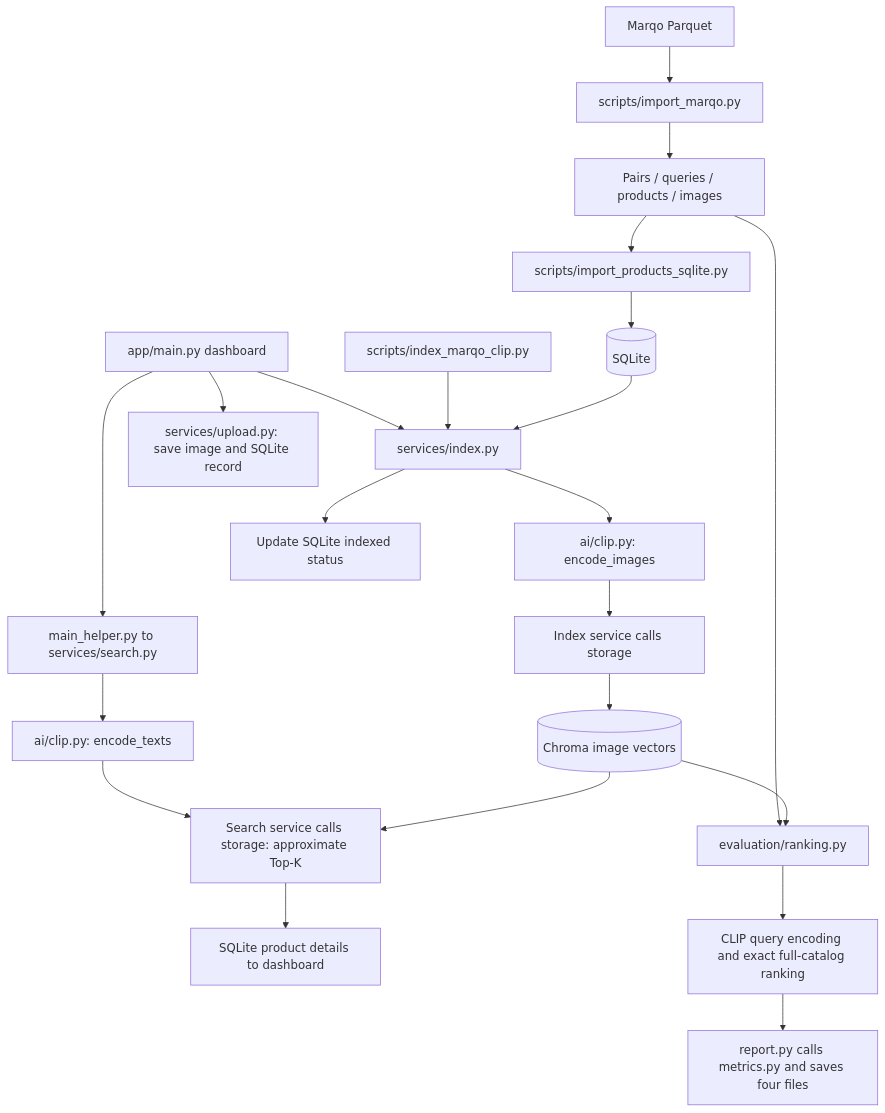
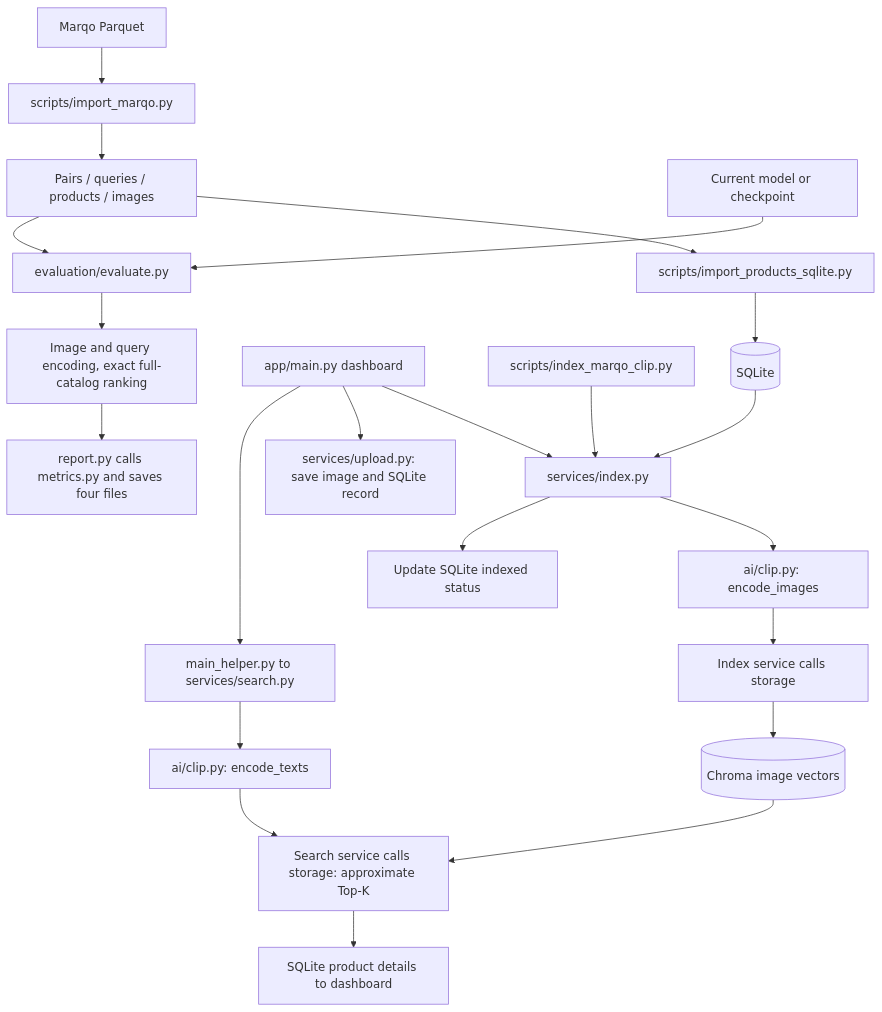
Before and after one commit to wyjxx/vision-index: the second of 2 diagrams in TECHNICAL.md, drawn with Mermaid. The commit also changed other lines of this file and 12 other files, not shown here.

````diff
--- a/TECHNICAL.md
+++ b/TECHNICAL.md
@@ -147,24 +191,24 @@
 ```mermaid
 flowchart TD
     Raw[Marqo Parquet] --> Import[scripts/import_marqo.py]
     Import --> Files[Pairs / queries / products / images]
     Files --> Register[scripts/import_products_sqlite.py]
     Register --> DB[(SQLite)]
     Web[app/main.py dashboard] --> Index[services/index.py]
     CLI[scripts/index_marqo_clip.py] --> Index
     DB --> Index
     Index --> ImageAI[ai/clip.py: encode_images]
     ImageAI --> SaveVector[Index service calls storage]
     SaveVector --> Vectors[(Chroma image vectors)]
     Index --> Mark[Update SQLite indexed status]
     Web --> Upload[services/upload.py: save image and SQLite record]
     Web --> Search[main_helper.py to services/search.py]
     Search --> TextAI[ai/clip.py: encode_texts]
     TextAI --> ANN[Search service calls storage: approximate Top-K]
     Vectors --> ANN
     ANN --> Details[SQLite product details to dashboard]
-    Files --> Eval[evaluation/ranking.py]
-    Vectors --> Eval
-    Eval --> Exact[CLIP query encoding and exact full-catalog ranking]
+    Files --> Eval[evaluation/evaluate.py]
+    Model[Current model or checkpoint] --> Eval
+    Eval --> Exact[Image and query encoding, exact full-catalog ranking]
     Exact --> Report[report.py calls metrics.py and saves four files]
 ```
````
